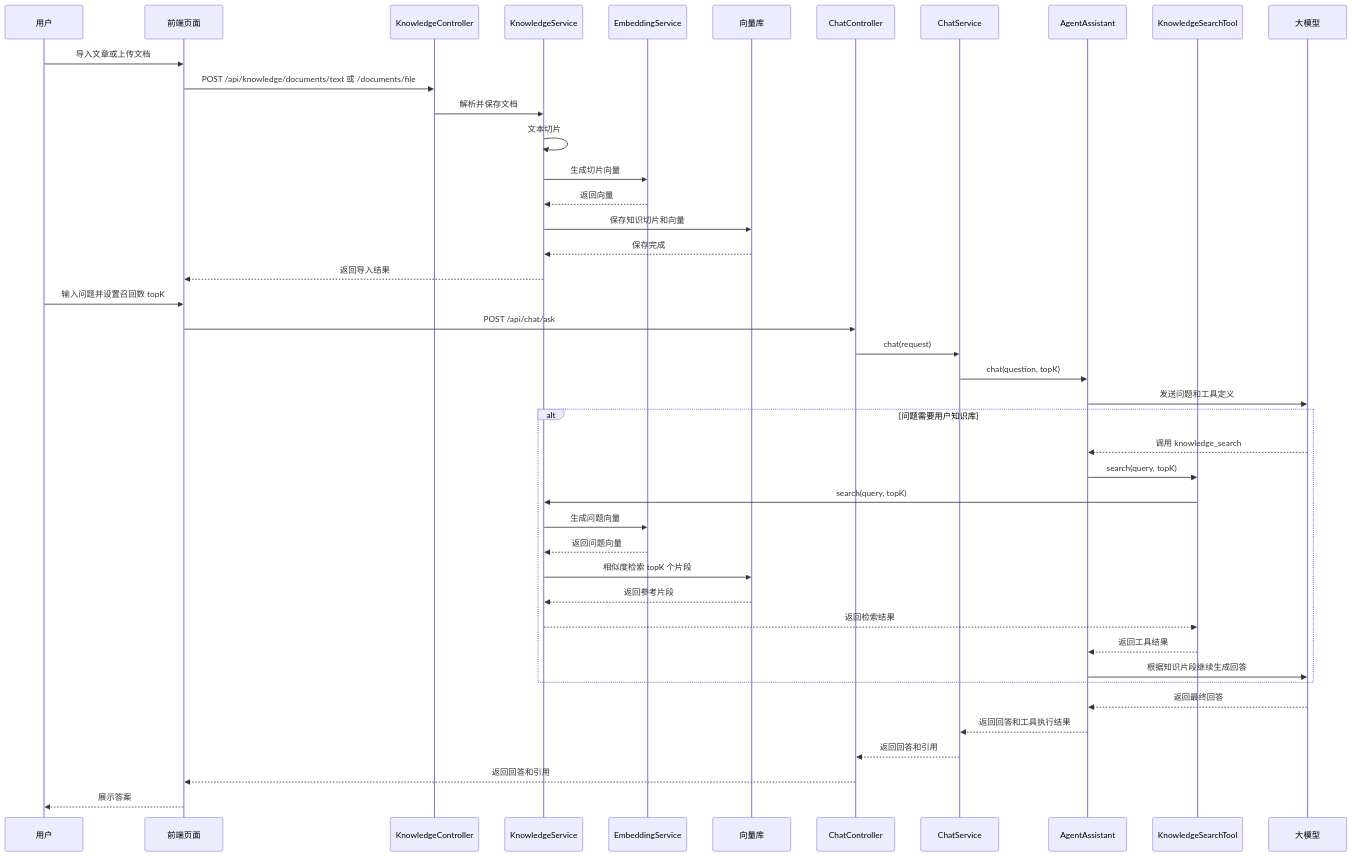
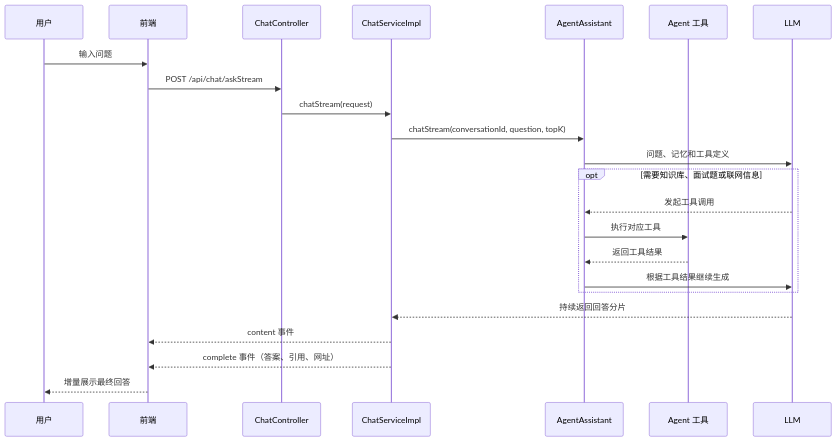
The diagram in README.md (miahemu/ai-code-helper), drawn with Mermaid before and after one commit. The commit also changed other lines of this file and 6 other files, not shown here.

````diff
--- a/README.md
+++ b/README.md
@@ -40,47 +66,26 @@
 ```mermaid
 sequenceDiagram
     participant U as 用户
-    participant F as 前端页面
-    participant K as KnowledgeController
-    participant KS as KnowledgeService
-    participant E as EmbeddingService
-    participant V as 向量库
+    participant F as 前端
     participant C as ChatController
-    participant CS as ChatService
+    participant S as ChatServiceImpl
     participant A as AgentAssistant
-    participant T as KnowledgeSearchTool
-    participant LLM as 大模型
+    participant T as Agent 工具
+    participant L as LLM
 
-    U->>F: 导入文章或上传文档
-    F->>K: POST /api/knowledge/documents/text 或 /documents/file
-    K->>KS: 解析并保存文档
-    KS->>KS: 文本切片
-    KS->>E: 生成切片向量
-    E-->>KS: 返回向量
-    KS->>V: 保存知识切片和向量
-    V-->>KS: 保存完成
-    KS-->>F: 返回导入结果
-
-    U->>F: 输入问题并设置召回数 topK
-    F->>C: POST /api/chat/ask
-    C->>CS: chat(request)
-    CS->>A: chat(question, topK)
-    A->>LLM: 发送问题和工具定义
-    alt 问题需要用户知识库
-        LLM-->>A: 调用 knowledge_search
-        A->>T: search(query, topK)
-        T->>KS: search(query, topK)
-        KS->>E: 生成问题向量
-        E-->>KS: 返回问题向量
-        KS->>V: 相似度检索 topK 个片段
-        V-->>KS: 返回参考片段
-        KS-->>T: 返回检索结果
+    U->>F: 输入问题
+    F->>C: POST /api/chat/askStream
+    C->>S: chatStream(request)
+    S->>A: chatStream(conversationId, question, topK)
+    A->>L: 问题、记忆和工具定义
+    opt 需要知识库、面试题或联网信息
+        L-->>A: 发起工具调用
+        A->>T: 执行对应工具
         T-->>A: 返回工具结果
-        A->>LLM: 根据知识片段继续生成回答
+        A->>L: 根据工具结果继续生成
     end
-    LLM-->>A: 返回最终回答
-    A-->>CS: 返回回答和工具执行结果
-    CS-->>C: 返回回答和引用
-    C-->>F: 返回回答和引用
-    F-->>U: 展示答案
+    L-->>S: 持续返回回答分片
+    S-->>F: content 事件
+    S-->>F: complete 事件（答案、引用、网址）
+    F-->>U: 增量展示最终回答
 ```
````
